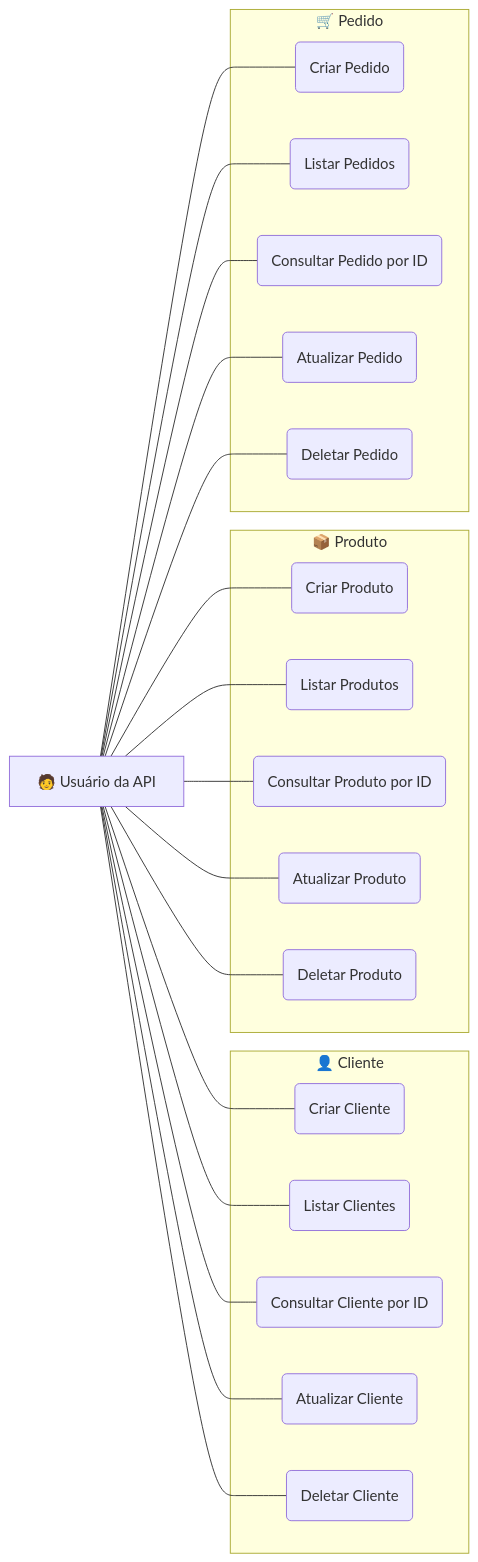
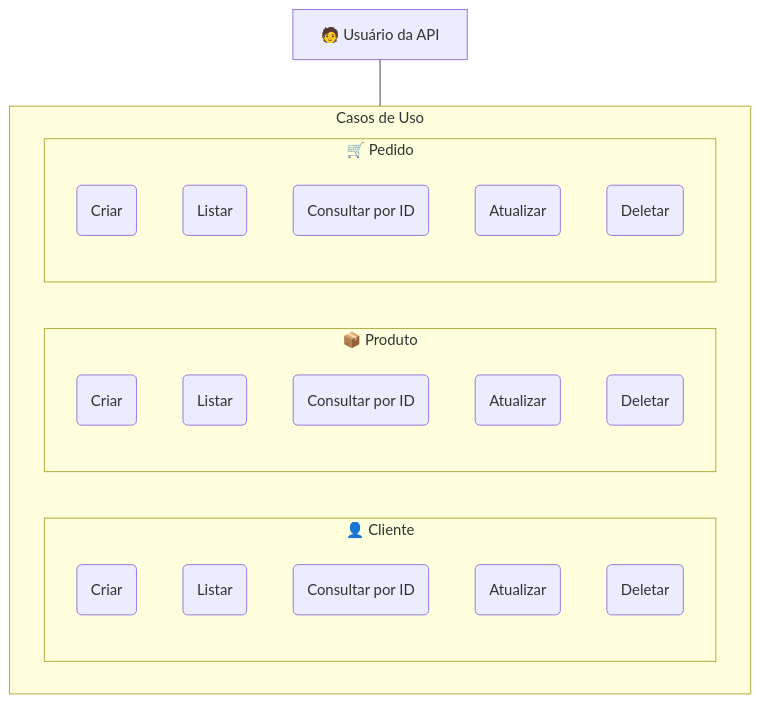
The diagram in README.md (thiago-dsd/white-label-store-management), drawn with Mermaid before and after one commit.

Commit message:
feat: update use case diagram in README for improved clarity and structure

````diff
--- a/README.md
+++ b/README.md
@@ -180,32 +180,33 @@
 ```mermaid
-flowchart LR
+flowchart TB
     Actor["🧑 Usuário da API"]
 
-    subgraph Cliente ["👤 Cliente"]
-        C1(Criar Cliente)
-        C2(Listar Clientes)
-        C3(Consultar Cliente por ID)
-        C4(Atualizar Cliente)
-        C5(Deletar Cliente)
+    subgraph CRUD ["Casos de Uso"]
+        direction LR
+        subgraph Cliente ["👤 Cliente"]
+            C1(Criar)
+            C2(Listar)
+            C3(Consultar por ID)
+            C4(Atualizar)
+            C5(Deletar)
+        end
+
+        subgraph Produto ["📦 Produto"]
+            P1(Criar)
+            P2(Listar)
+            P3(Consultar por ID)
+            P4(Atualizar)
+            P5(Deletar)
+        end
+
+        subgraph Pedido ["🛒 Pedido"]
+            O1(Criar)
+            O2(Listar)
+            O3(Consultar por ID)
+            O4(Atualizar)
+            O5(Deletar)
+        end
     end
 
-    subgraph Produto ["📦 Produto"]
-        P1(Criar Produto)
-        P2(Listar Produtos)
-        P3(Consultar Produto por ID)
-        P4(Atualizar Produto)
-        P5(Deletar Produto)
-    end
-
-    subgraph Pedido ["🛒 Pedido"]
-        O1(Criar Pedido)
-        O2(Listar Pedidos)
-        O3(Consultar Pedido por ID)
-        O4(Atualizar Pedido)
-        O5(Deletar Pedido)
-    end
-
-    Actor --- C1 & C2 & C3 & C4 & C5
-    Actor --- P1 & P2 & P3 & P4 & P5
-    Actor --- O1 & O2 & O3 & O4 & O5
+    Actor --- CRUD
 ```
````
